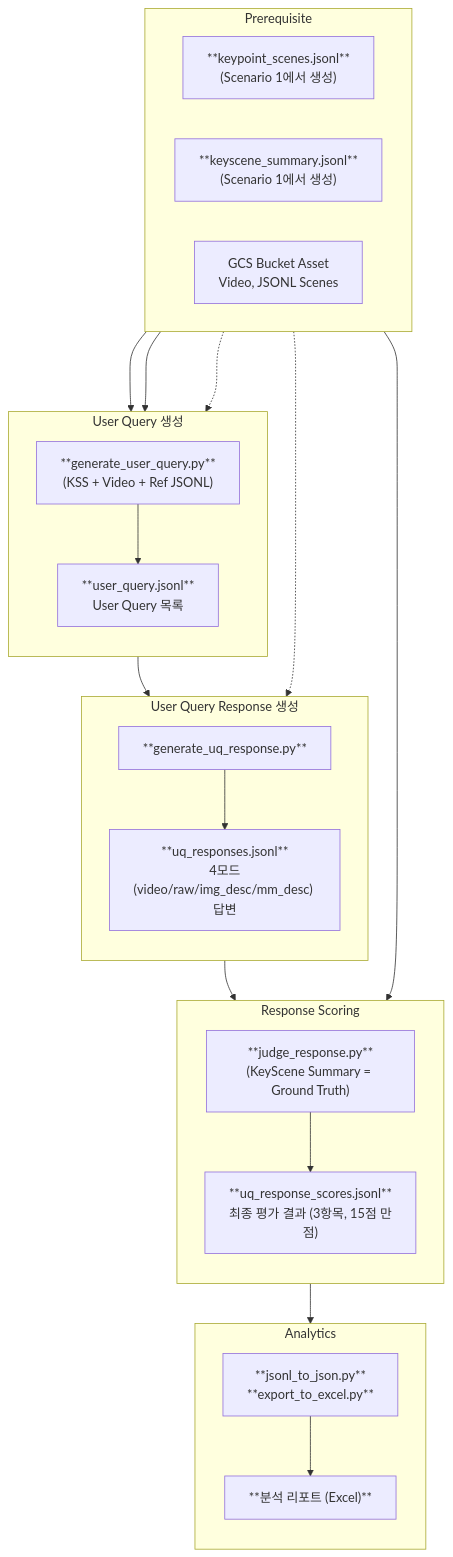
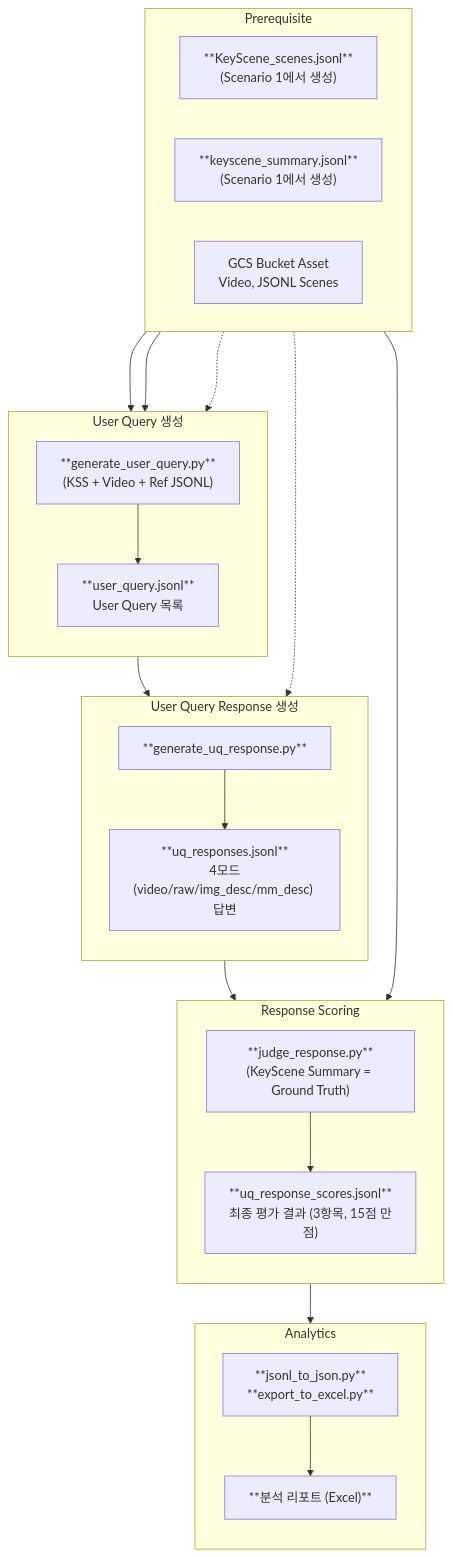
The second of 2 diagrams in README.md (obeychoi0120/LLMJudge), drawn with Mermaid before and after one commit. The commit also changed other lines of this file and 4 other files, not shown here.

````diff
--- a/README.md
+++ b/README.md
@@ -69,49 +69,49 @@
 ```mermaid
 flowchart TD
     subgraph INPUT2["Prerequisite"]
         direction LR
-        KP_IN["**keypoint_scenes.jsonl**<br/>(Scenario 1에서 생성)"]
+        KP_IN["**KeyScene_scenes.jsonl**<br/>(Scenario 1에서 생성)"]
         KSS_IN["**keyscene_summary.jsonl**<br/>(Scenario 1에서 생성)"]
         GCS2["GCS Bucket Asset<br/>Video, JSONL Scenes"]
     end
 
     subgraph STEPB1["User Query 생성"]
         direction TB
         UQ_SCRIPT["**generate_user_query.py**<br/>(KSS + Video + Ref JSONL)"]
         UQ_OUT["**user_query.jsonl**<br/>User Query 목록"]
     end
 
     subgraph STEPB2["User Query Response 생성"]
         direction TB
         R_SCRIPT["**generate_uq_response.py**"]
         R_ANS["**uq_responses.jsonl**<br/>4모드(video/raw/img_desc/mm_desc) 답변"]
     end
 
     subgraph STEPB3["Response Scoring"]
         direction TB
         RJ_SCRIPT["**judge_response.py**<br/>(KeyScene Summary = Ground Truth)"]
         RJ_OUT["**uq_response_scores.jsonl**<br/>최종 평가 결과 (3항목, 15점 만점)"]
     end
 
     subgraph STEPB4["Analytics"]
         direction TB
         A_SCRIPT["**jsonl_to_json.py**<br/>**export_to_excel.py**"]
         A_OUT["**분석 리포트 (Excel)**"]
     end
 
     KP_IN --> UQ_SCRIPT
     KSS_IN --> UQ_SCRIPT
     GCS2 -..-> UQ_SCRIPT
     UQ_SCRIPT --> UQ_OUT
 
     UQ_OUT --> R_SCRIPT
     GCS2 -..-> R_SCRIPT
     R_SCRIPT --> R_ANS
 
     R_ANS --> RJ_SCRIPT
     KSS_IN --> RJ_SCRIPT
     RJ_SCRIPT --> RJ_OUT
 
     RJ_OUT --> A_SCRIPT
     A_SCRIPT --> A_OUT
 ```
````
